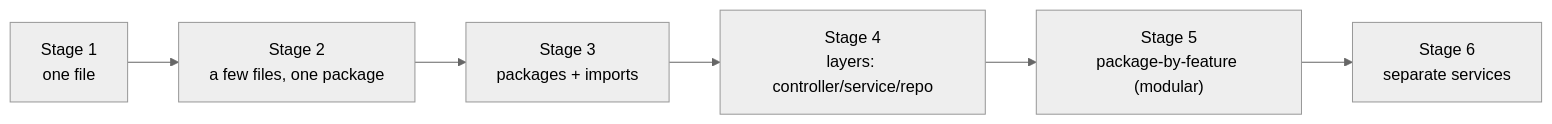
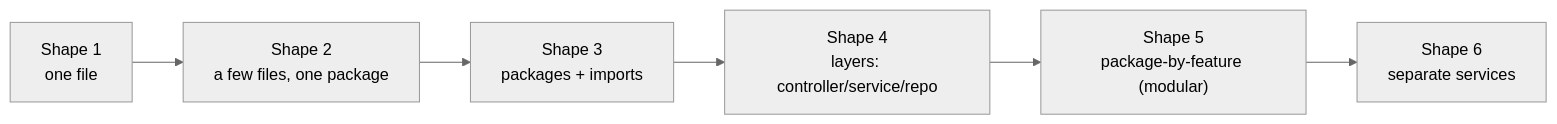
Before and after one commit to kevin-voss/learning-project: the first of 2 diagrams in tracks/spring-boot/references/architecture/code-organization.md, drawn with Mermaid (neutral theme). The commit also changed other lines of this file and 66 other files, not shown here.

````diff
--- a/tracks/spring-boot/references/architecture/code-organization.md
+++ b/tracks/spring-boot/references/architecture/code-organization.md
@@ -7,8 +7,8 @@
 ```mermaid
 flowchart LR
-  A["Stage 1<br/>one file"] --> B["Stage 2<br/>a few files, one package"]
-  B --> C["Stage 3<br/>packages + imports"]
-  C --> D["Stage 4<br/>layers: controller/service/repo"]
-  D --> E["Stage 5<br/>package-by-feature (modular)"]
-  E --> F["Stage 6<br/>separate services"]
+  A["Shape 1<br/>one file"] --> B["Shape 2<br/>a few files, one package"]
+  B --> C["Shape 3<br/>packages + imports"]
+  C --> D["Shape 4<br/>layers: controller/service/repo"]
+  D --> E["Shape 5<br/>package-by-feature (modular)"]
+  E --> F["Shape 6<br/>separate services"]
 ```
````
